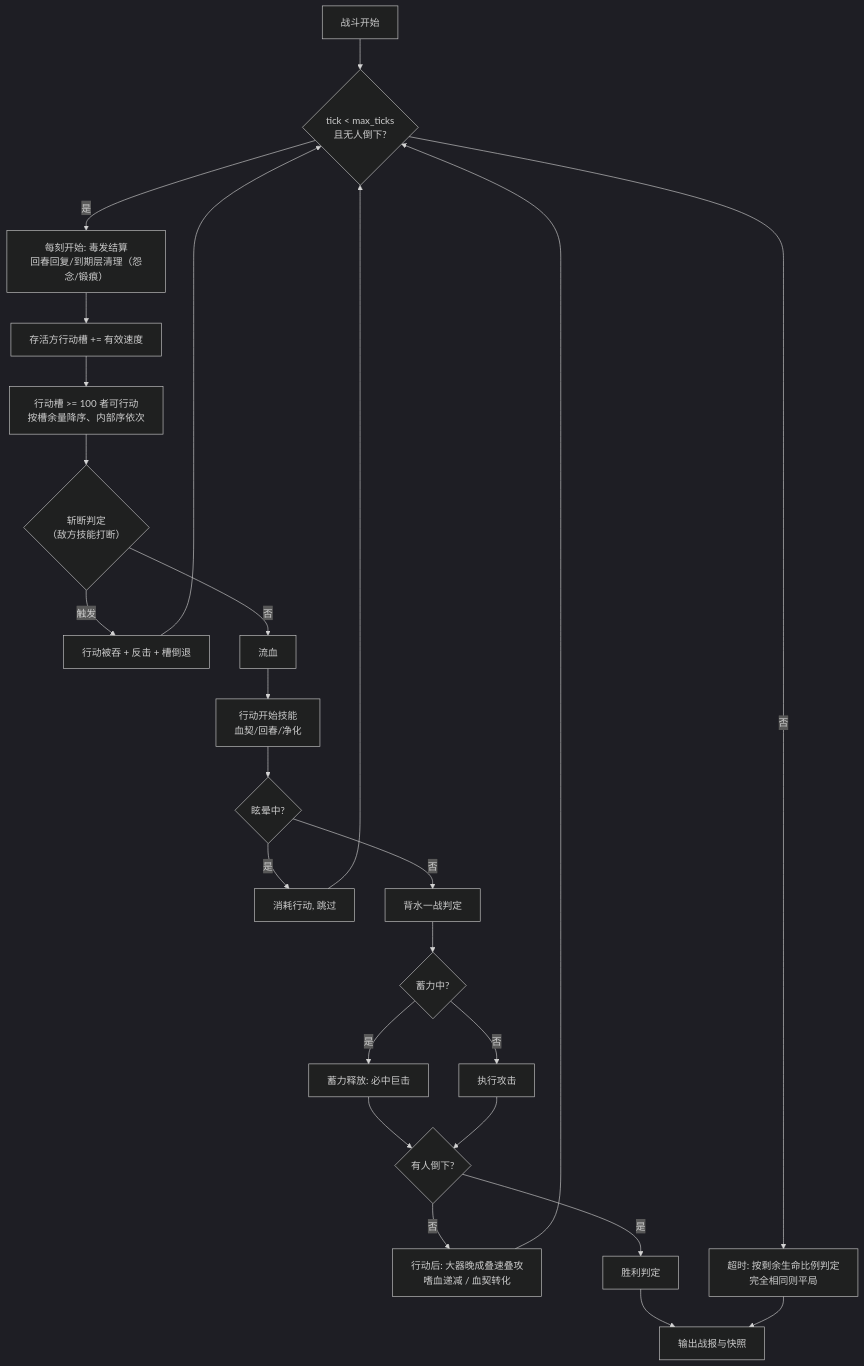
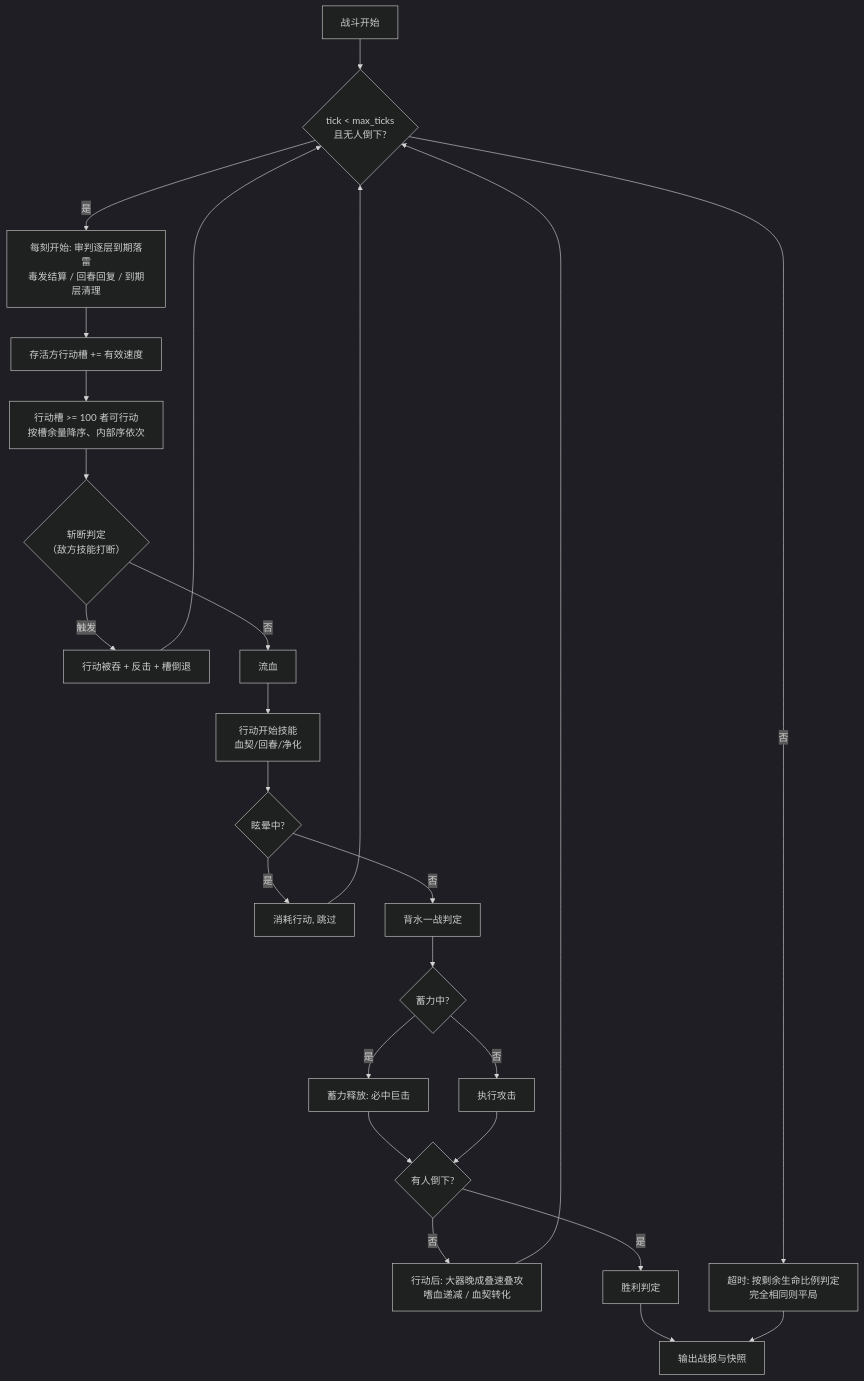
The second of 2 diagrams in docs/GAME_SPEC.md (icdyso/namefight_pro), drawn with Mermaid (dark theme) before and after one commit. The commit also changed other lines of this file and 9 other files, not shown here.

````diff
--- a/docs/GAME_SPEC.md
+++ b/docs/GAME_SPEC.md
@@ -441,19 +442,19 @@
 ```mermaid
 flowchart TD
     S[战斗开始] --> T{tick < max_ticks<br/>且无人倒下?}
-    T -->|是| TK[每刻开始: 毒发结算<br/>回春回复/到期层清理（怨念/锻痕）] --> G[存活方行动槽 += 有效速度]
+    T -->|是| TK[每刻开始: 审判逐层到期落雷<br/>毒发结算 / 回春回复 / 到期层清理] --> G[存活方行动槽 += 有效速度]
     G --> R[行动槽 >= 100 者可行动<br/>按槽余量降序、内部序依次]
     R --> A0{斩断判定<br/>（敌方技能打断）}
     A0 -->|触发| A0b[行动被吞 + 反击 + 槽倒退] --> T
     A0 -->|否| A1b[流血] --> A2[行动开始技能<br/>血契/回春/净化] --> A3{眩晕中?}
     A3 -->|是| A4[消耗行动, 跳过] --> T
     A3 -->|否| A5[背水一战判定] --> A6{蓄力中?}
     A6 -->|是| A6b[蓄力释放: 必中巨击] --> Z
     A6 -->|否| A7[执行攻击]
     A7 --> Z{有人倒下?}
     Z -->|否| Y[行动后: 大器晚成叠速叠攻<br/>嗜血递减 / 血契转化] --> T
     Z -->|是| W[胜利判定]
     T -->|否| J[超时: 按剩余生命比例判定<br/>完全相同则平局]
     W --> V[输出战报与快照]
     J --> V
 ```
````
